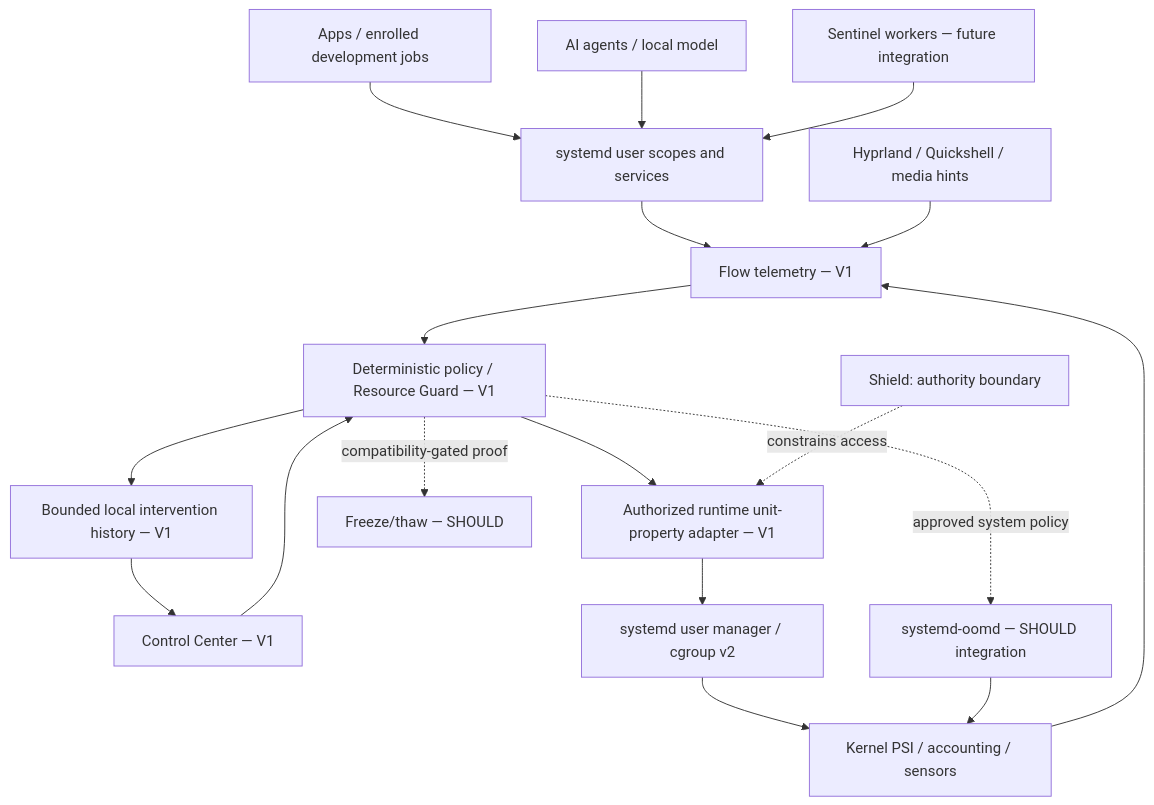
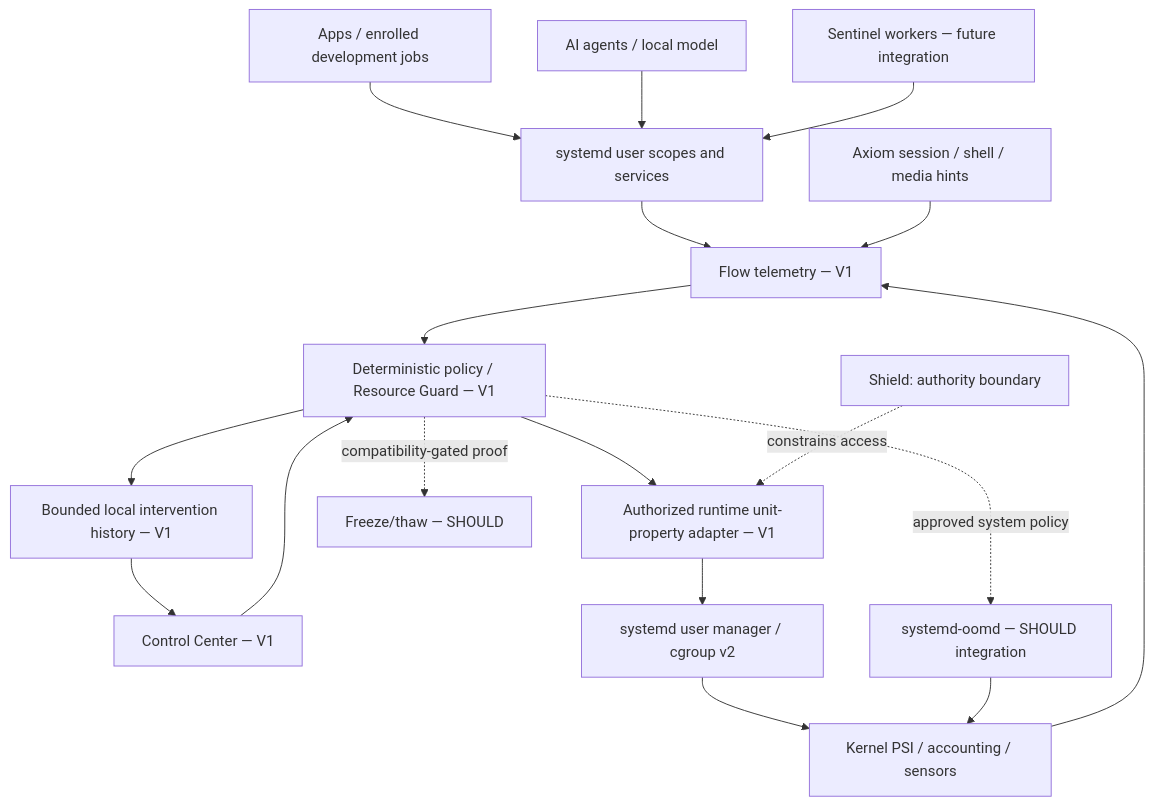
Before and after one commit to Prof-bilal/Axiom: the diagram in docs/system/FLOW.md, drawn with Mermaid. The commit also changed other lines of this file and 75 other files, not shown here.

Commit message:
Reset architecture around Axiom-owned desktop

````diff
--- a/docs/system/FLOW.md
+++ b/docs/system/FLOW.md
@@ -21,20 +21,20 @@
 ```mermaid
 flowchart TD
   Apps[Apps / enrolled development jobs] --> Groups[systemd user scopes and services]
   Agents[AI agents / local model] --> Groups
   Sentinel[Sentinel workers — future integration] --> Groups
   Groups --> T[Flow telemetry — V1]
-  Desktop[Hyprland / Quickshell / media hints] --> T
+  Desktop[Axiom session / shell / media hints] --> T
   Kernel[Kernel PSI / accounting / sensors] --> T
   T --> P[Deterministic policy / Resource Guard — V1]
   CC[Control Center — V1] --> P
   P --> U[Authorized runtime unit-property adapter — V1]
   U --> SD[systemd user manager / cgroup v2]
   SD --> Kernel
   P --> History[Bounded local intervention history — V1]
   History --> CC
   P -. compatibility-gated proof .-> Sleep[Freeze/thaw — SHOULD]
   P -. approved system policy .-> OOM[systemd-oomd — SHOULD integration]
   OOM --> Kernel
   Shield[Shield: authority boundary] -. constrains access .-> U
 ```
````
